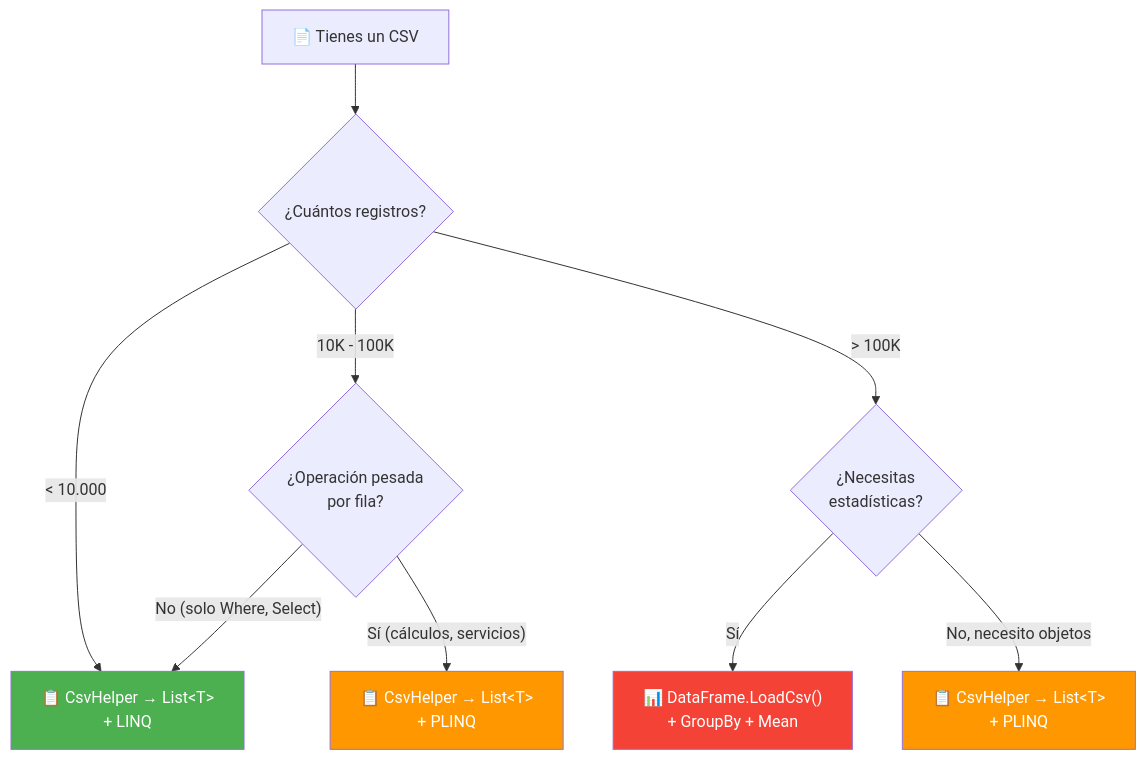
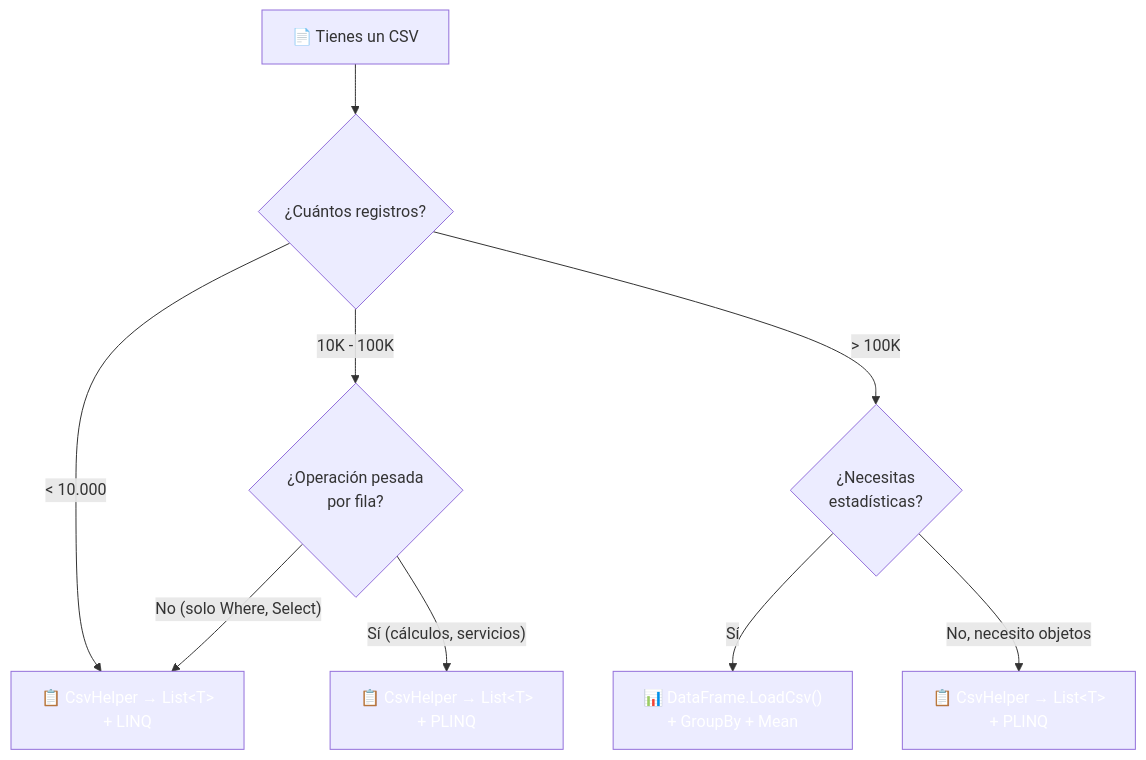
Before and after one commit to joseluisgs/DesarrolloWebEntornosServidor-01-2026-2027: the second of 2 diagrams in 13-linq-dataframes.md, drawn with Mermaid. The commit also changed other lines of this file and 66 other files, not shown here.

First line of the commit message:
fix: normalizar titulos al castellano de frase y corregir la paleta de mermaid

````diff
--- a/13-linq-dataframes.md
+++ b/13-linq-dataframes.md
@@ -679,18 +679,18 @@
 ```mermaid
 graph TD
     A["📄 Tienes un CSV"] --> B{"¿Cuántos registros?"}
     B -->|"< 10.000"| C["📋 CsvHelper → List&lt;T&gt;<br/>+ LINQ"]
     B -->|"10K - 100K"| D{"¿Operación pesada<br/>por fila?"}
     B -->|"> 100K"| E{"¿Necesitas<br/>estadísticas?"}
 
     D -->|"Sí (cálculos, servicios)"| F["📋 CsvHelper → List&lt;T&gt;<br/>+ PLINQ"]
     D -->|"No (solo Where, Select)"| C
 
     E -->|"Sí"| G["📊 DataFrame.LoadCsv()<br/>+ GroupBy + Mean"]
     E -->|"No, necesito objetos"| H["📋 CsvHelper → List&lt;T&gt;<br/>+ PLINQ"]
 
-    style C fill:#4CAF50,color:#fff
-    style F fill:#FF9800,color:#fff
-    style G fill:#f44336,color:#fff
-    style H fill:#FF9800,color:#fff
+    style C fill:#4CAF5,color:#fff0,color:#fff
+    style F fill:#FF980,color:#fff0,color:#fff
+    style G fill:#f4433,color:#fff6,color:#fff
+    style H fill:#FF980,color:#fff0,color:#fff
 ```
````
